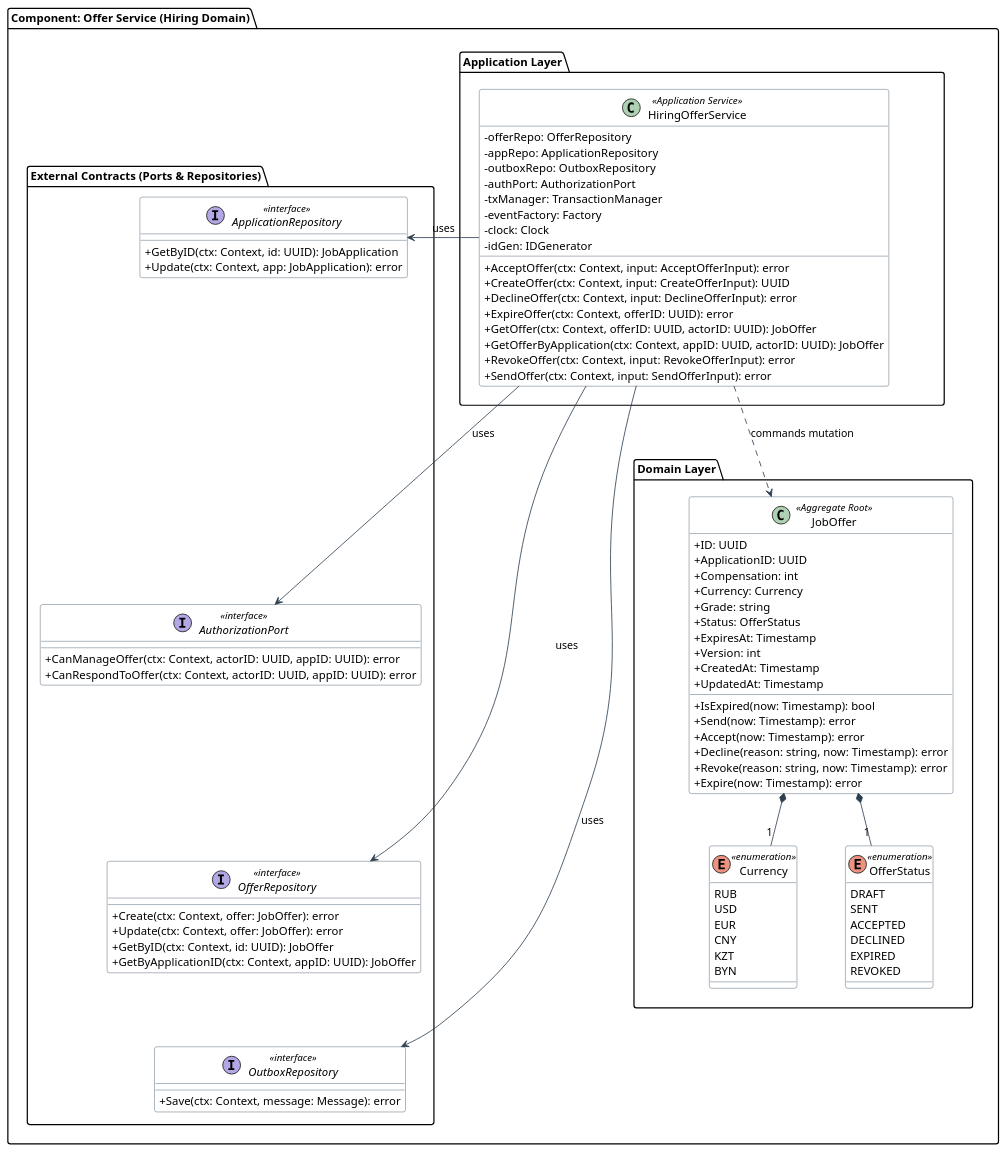
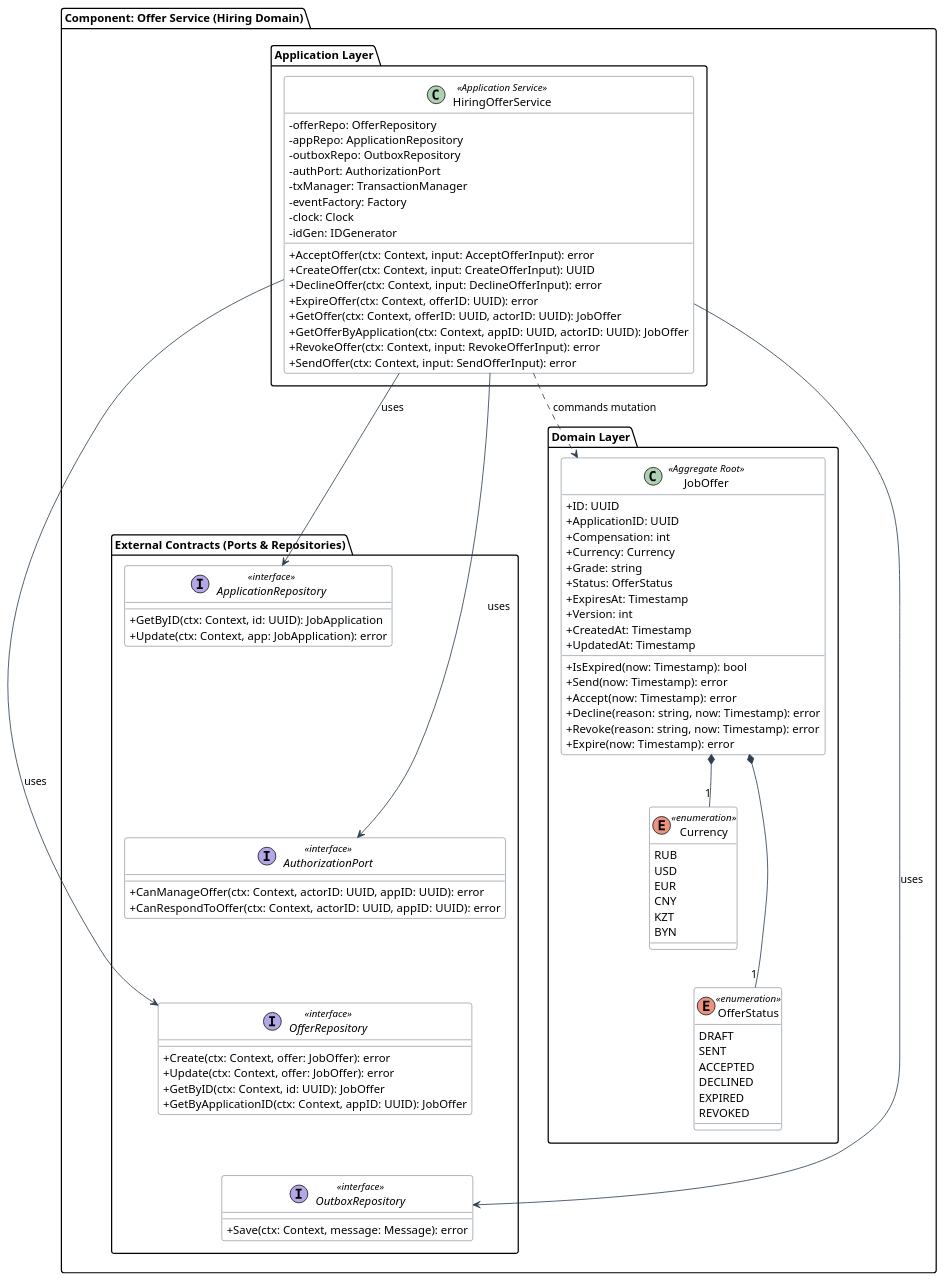
Before and after one commit to krackl1n/careeria: the diagram in docs/architecture/c4-plant-uml/plantuml/code/backend/hiring-offer-service.puml, drawn with PlantUML. The commit also changed 25 other files, not shown here.

```diff
--- a/docs/architecture/c4-plant-uml/plantuml/code/backend/hiring-offer-service.puml
+++ b/docs/architecture/c4-plant-uml/plantuml/code/backend/hiring-offer-service.puml
@@ -1,132 +1,138 @@
 @startuml hiring-offer-service-l4
 skinparam classAttributeIconSize 0
 skinparam roundcorner 6
 skinparam shadowing false
 skinparam ranksep 45
 skinparam nodesep 60
 skinparam packagePadding 15
 
 skinparam class {
     BackgroundColor #FFFFFF
     ArrowColor #2C3E50
     BorderColor #34495E
 }
 
 package "Component: Offer Service (Hiring Domain)" {
 
     ' ===================================================
     ' 1. ПРИКЛАДНОЙ СЛОЙ (ОРКЕСТРАЦИЯ I/O И ЮЗКЕЙСЫ)
     ' ===================================================
     package "Application Layer" {
         class HiringOfferService <<Application Service>> {
             - offerRepo: OfferRepository
             - appRepo: ApplicationRepository
             - outboxRepo: OutboxRepository
             - authPort: AuthorizationPort
             - txManager: TransactionManager
             - eventFactory: Factory
             - clock: Clock
             - idGen: IDGenerator
             + AcceptOffer(ctx: Context, input: AcceptOfferInput): error
             + CreateOffer(ctx: Context, input: CreateOfferInput): UUID
             + DeclineOffer(ctx: Context, input: DeclineOfferInput): error
             + ExpireOffer(ctx: Context, offerID: UUID): error
             + GetOffer(ctx: Context, offerID: UUID, actorID: UUID): JobOffer
             + GetOfferByApplication(ctx: Context, appID: UUID, actorID: UUID): JobOffer
             + RevokeOffer(ctx: Context, input: RevokeOfferInput): error
             + SendOffer(ctx: Context, input: SendOfferInput): error
         }
+
     }
 
     ' ===================================================
     ' 2. ДОМЕННЫЙ СЛОЙ (ЧИСТАЯ ЛОГИКА БЕЗ I/O)
     ' ===================================================
     package "Domain Layer" {
 
         class JobOffer <<Aggregate Root>> {
             + ID: UUID
             + ApplicationID: UUID
             + Compensation: int
             + Currency: Currency
             + Grade: string
             + Status: OfferStatus
             + ExpiresAt: Timestamp
             + Version: int
             + CreatedAt: Timestamp
             + UpdatedAt: Timestamp
             + IsExpired(now: Timestamp): bool
             + Send(now: Timestamp): error
             + Accept(now: Timestamp): error
             + Decline(reason: string, now: Timestamp): error
             + Revoke(reason: string, now: Timestamp): error
             + Expire(now: Timestamp): error
         }
 
         enum Currency <<enumeration>> {
             RUB
             USD
             EUR
             CNY
             KZT
             BYN
         }
 
         enum OfferStatus <<enumeration>> {
             DRAFT
             SENT
             ACCEPTED
             DECLINED
             EXPIRED
             REVOKED
         }
 
     }
 
     ' ===================================================
     ' 3. ВНЕШНИЕ КОНТРАКТЫ (ПОРТЫ И РЕПОЗИТОРИИ)
     ' ===================================================
     package "External Contracts (Ports & Repositories)" {
         interface ApplicationRepository <<interface>> {
             + GetByID(ctx: Context, id: UUID): JobApplication
             + Update(ctx: Context, app: JobApplication): error
         }
         interface AuthorizationPort <<interface>> {
             + CanManageOffer(ctx: Context, actorID: UUID, appID: UUID): error
             + CanRespondToOffer(ctx: Context, actorID: UUID, appID: UUID): error
         }
         interface OfferRepository <<interface>> {
             + Create(ctx: Context, offer: JobOffer): error
             + Update(ctx: Context, offer: JobOffer): error
             + GetByID(ctx: Context, id: UUID): JobOffer
             + GetByApplicationID(ctx: Context, appID: UUID): JobOffer
         }
         interface OutboxRepository <<interface>> {
             + Save(ctx: Context, message: Message): error
         }
     }
 }
 
 ' ========================================================
 ' РАСПОЛОЖЕНИЕ И ВЫРАВНИВАНИЕ
 ' ========================================================
 
-"Application Layer" -[hidden]down-> "Domain Layer"
+HiringOfferService -[hidden]down-> JobOffer
+
+JobOffer -[hidden]down-> Currency
+Currency -[hidden]down-> OfferStatus
 
 HiringOfferService -[hidden]right-> ApplicationRepository
 ApplicationRepository -[hidden]down-> AuthorizationPort
 AuthorizationPort -[hidden]down-> OfferRepository
 OfferRepository -[hidden]down-> OutboxRepository
+
+JobOffer -[hidden]right-> ApplicationRepository
 
 ' ========================================================
 ' СВЯЗИ
 ' ========================================================
 
 HiringOfferService ..> JobOffer : commands mutation
 HiringOfferService -right-> ApplicationRepository : uses
 HiringOfferService --> AuthorizationPort : uses
 HiringOfferService --> OfferRepository : uses
 HiringOfferService --> OutboxRepository : uses
 JobOffer *-- "1" Currency
 JobOffer *-- "1" OfferStatus
 
 @enduml
```
